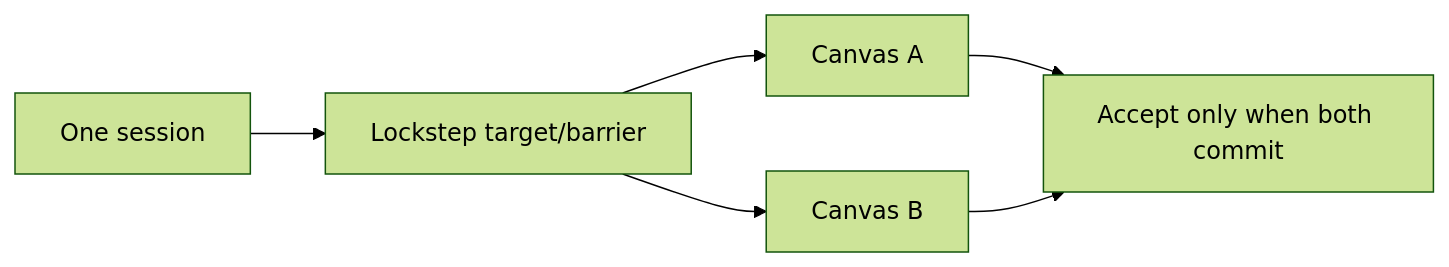
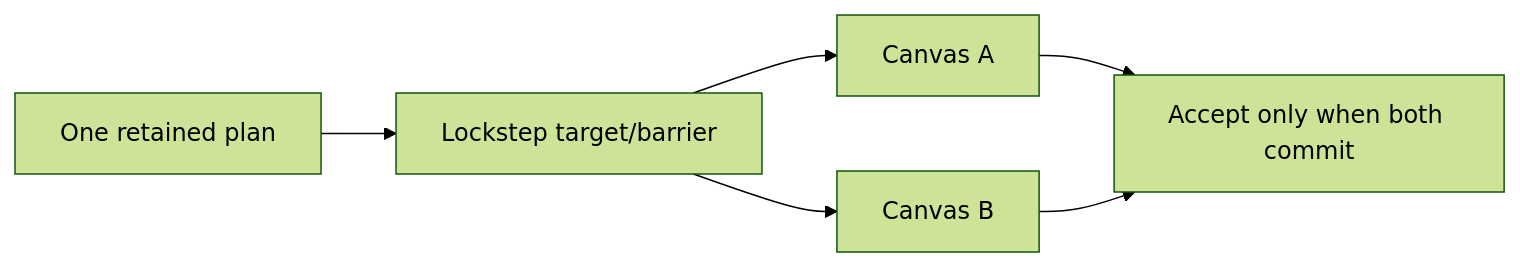
One commit to pmndrs/glyph changed the seventh of 9 diagrams in docs/planning/font-runtime-ownership.md. Above: the diagram before and after it, drawn with Mermaid (forest theme). The commit also changed other lines of this file and 82 other files, not shown here.

````diff
--- a/docs/planning/font-runtime-ownership.md
+++ b/docs/planning/font-runtime-ownership.md
@@ -1110,8 +1099,8 @@
 ```mermaid
 flowchart LR
-  S[One session] --> T[Lockstep target/barrier]
+  S[One retained plan] --> T[Lockstep target/barrier]
   T --> C1[Canvas A]
   T --> C2[Canvas B]
   C1 --> A[Accept only when both commit]
   C2 --> A
 ```
````
